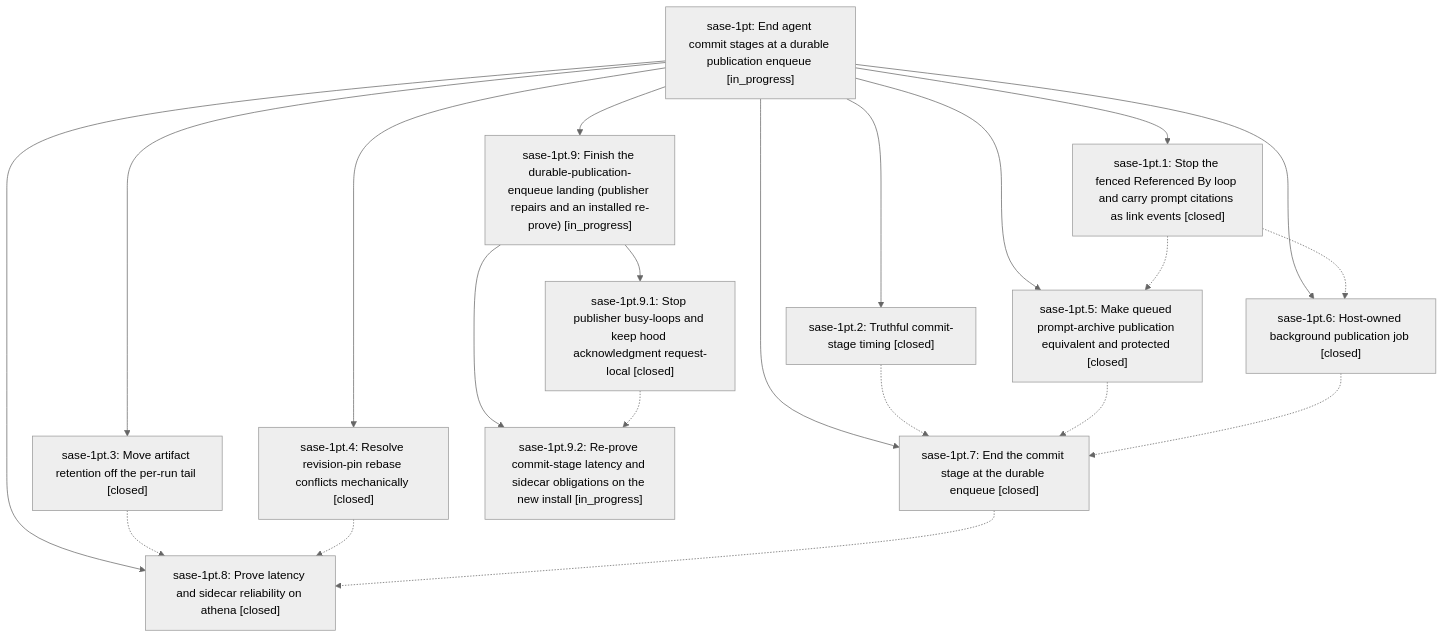
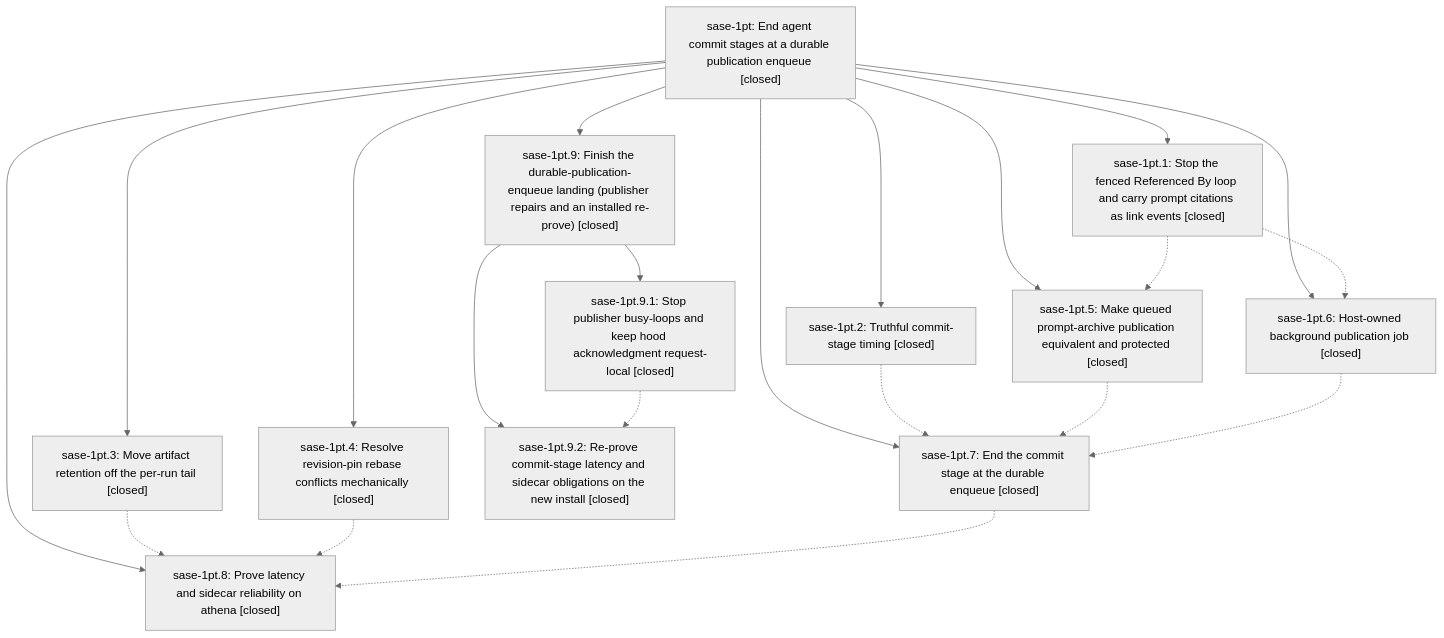
The diagram in pages/sase-1pt/README.md (sase-org/sase--beads), drawn with Mermaid (neutral theme) before and after one commit. The commit also changed other lines of this file and 5 other files, not shown here.

````diff
--- a/pages/sase-1pt/README.md
+++ b/pages/sase-1pt/README.md
@@ -47,35 +49,35 @@
 ```mermaid
 flowchart TD
-    n0["sase-1pt: End agent commit stages at a durable publication enqueue [in_progress]"]
+    n0["sase-1pt: End agent commit stages at a durable publication enqueue [closed]"]
     n1["sase-1pt.1: Stop the fenced Referenced By loop and carry prompt citations as link events [closed]"]
     n2["sase-1pt.2: Truthful commit-stage timing [closed]"]
     n3["sase-1pt.3: Move artifact retention off the per-run tail [closed]"]
     n4["sase-1pt.4: Resolve revision-pin rebase conflicts mechanically [closed]"]
     n5["sase-1pt.5: Make queued prompt-archive publication equivalent and protected [closed]"]
     n6["sase-1pt.6: Host-owned background publication job [closed]"]
     n7["sase-1pt.7: End the commit stage at the durable enqueue [closed]"]
     n8["sase-1pt.8: Prove latency and sidecar reliability on athena [closed]"]
-    n9["sase-1pt.9: Finish the durable-publication-enqueue landing (publisher repairs and an installed re-prove) [in_progress]"]
+    n9["sase-1pt.9: Finish the durable-publication-enqueue landing (publisher repairs and an installed re-prove) [closed]"]
     n10["sase-1pt.9.1: Stop publisher busy-loops and keep hood acknowledgment request-local [closed]"]
-    n11["sase-1pt.9.2: Re-prove commit-stage latency and sidecar obligations on the new install [in_progress]"]
+    n11["sase-1pt.9.2: Re-prove commit-stage latency and sidecar obligations on the new install [closed]"]
     n0 --> n1
     n0 --> n2
     n0 --> n3
     n0 --> n4
     n0 --> n5
     n0 --> n6
     n0 --> n7
     n0 --> n8
     n0 --> n9
     n9 --> n10
     n9 --> n11
     n1 -.-> n5
     n1 -.-> n6
     n2 -.-> n7
     n3 -.-> n8
     n4 -.-> n8
     n5 -.-> n7
     n6 -.-> n7
     n7 -.-> n8
     n10 -.-> n11
 ```
````
